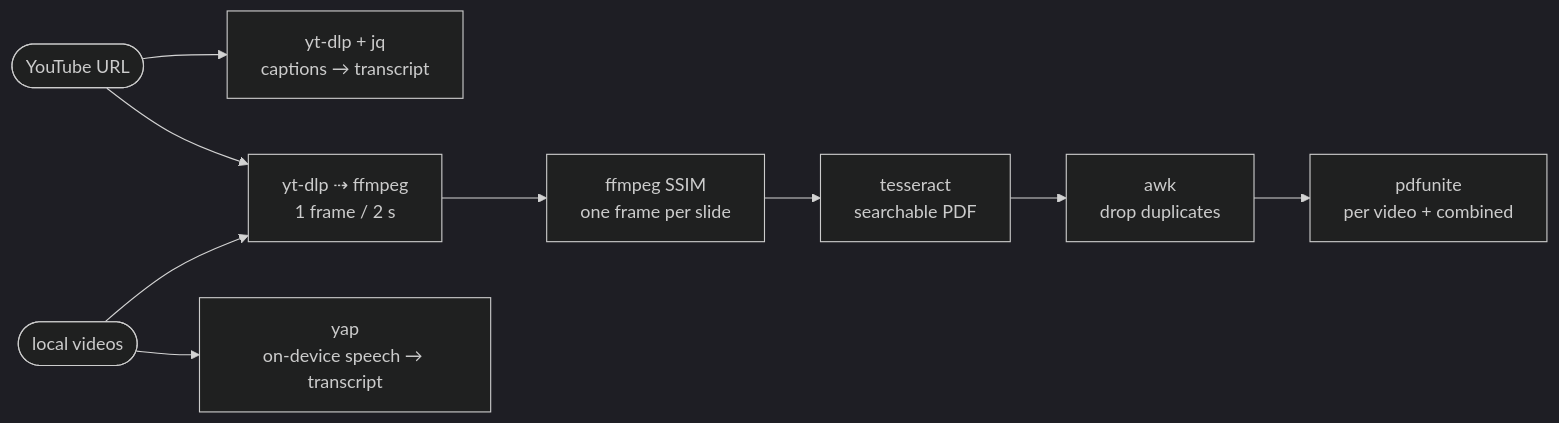
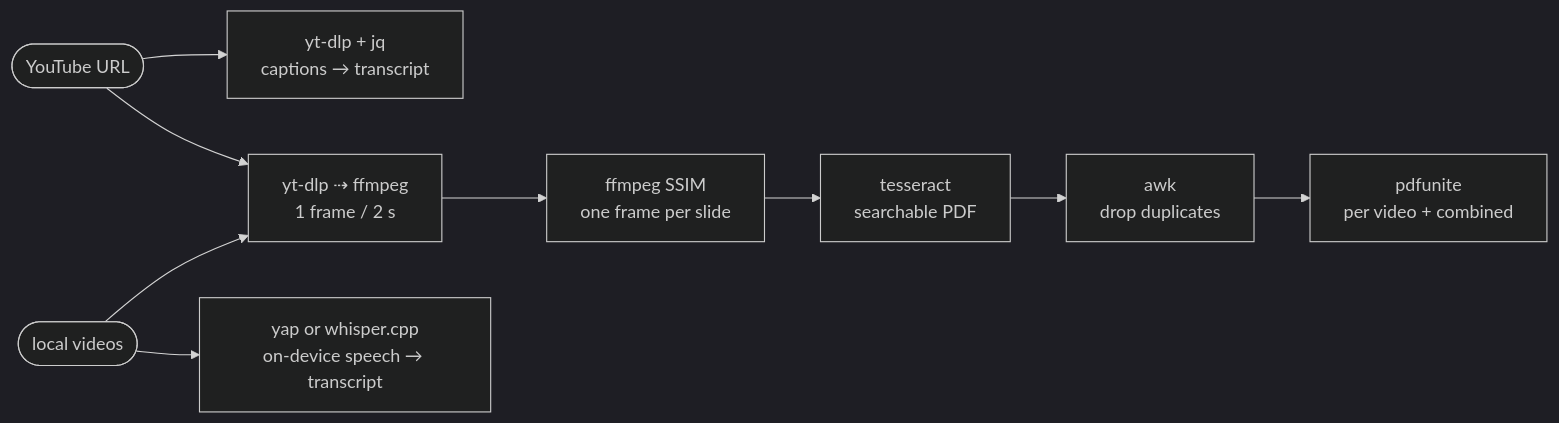
One commit to jcxk/video2info changed the diagram in README.md. Above: the diagram before and after it, drawn with Mermaid (dark theme). The commit also changed other lines of this file and 6 other files, not shown here.

````diff
--- a/README.md
+++ b/README.md
@@ -5,11 +15,11 @@
 ```mermaid
 flowchart LR
     U([YouTube URL]) --> C[yt-dlp + jq<br/>captions → transcript]
     U --> S[yt-dlp ⇢ ffmpeg<br/>1 frame / 2 s]
-    F([local videos]) --> Y[yap<br/>on-device speech → transcript]
+    F([local videos]) --> Y[yap or whisper.cpp<br/>on-device speech → transcript]
     F --> S
     S --> X[ffmpeg SSIM<br/>one frame per slide]
     X --> O[tesseract<br/>searchable PDF]
     O --> W[awk<br/>drop duplicates]
     W --> P[pdfunite<br/>per video + combined]
 ```
````
